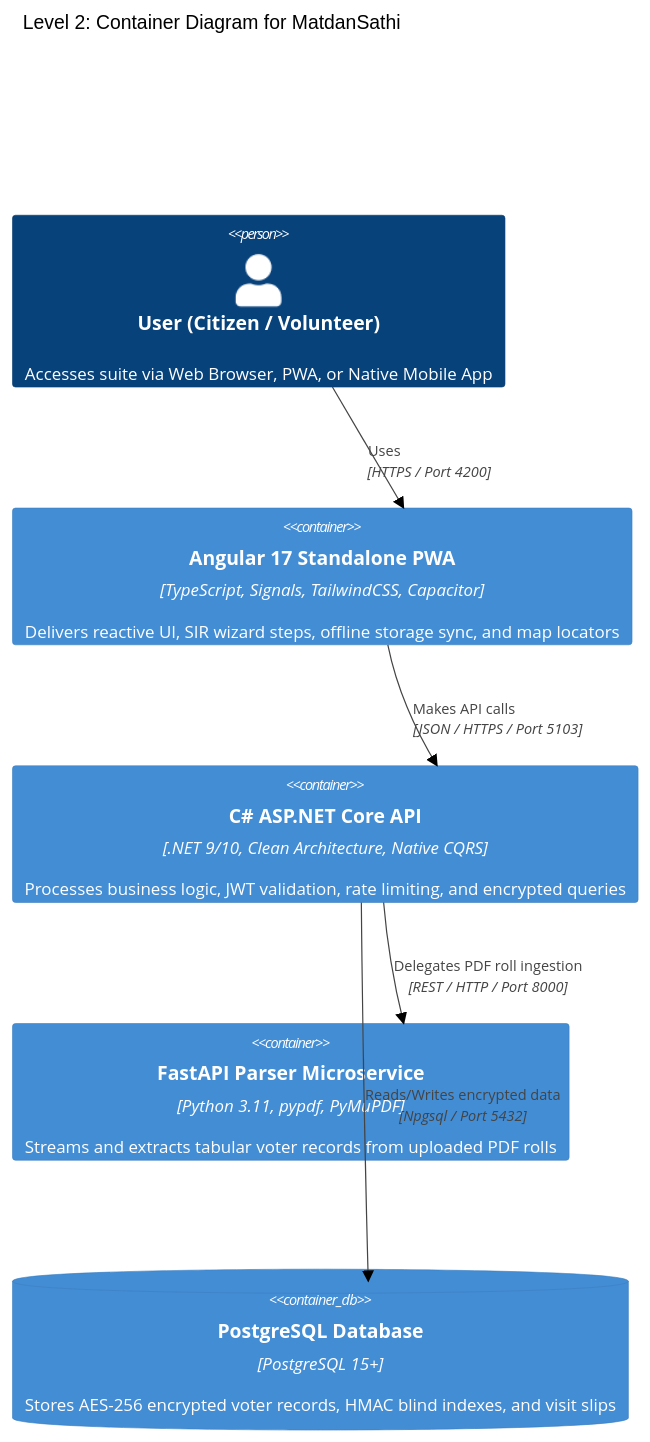
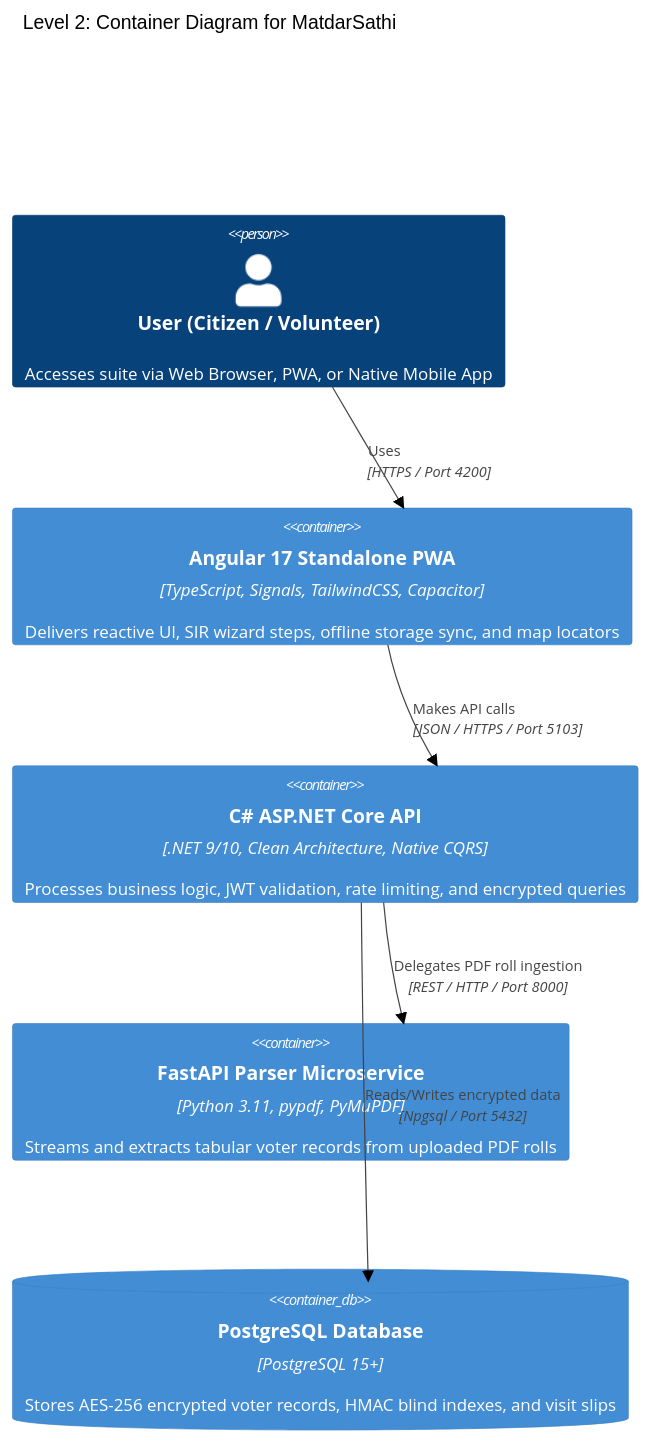
Before and after one commit to nparvezten/MatdanSathi: the second of 5 diagrams in docs/architecture/ARCHITECTURE.md, drawn with Mermaid (forest theme). The commit also changed other lines of this file and 70 other files, not shown here.

Commit message:
refactor(rebrand): complete rename from MatdanSathi to MatdarSathi across solution, assemblies, and namespaces

````diff
--- a/docs/architecture/ARCHITECTURE.md
+++ b/docs/architecture/ARCHITECTURE.md
@@ -72,16 +72,16 @@
 ```mermaid
 C4Container
-    title Level 2: Container Diagram for MatdanSathi
+    title Level 2: Container Diagram for MatdarSathi
 
     Person(user, "User (Citizen / Volunteer)", "Accesses suite via Web Browser, PWA, or Native Mobile App")
 
     Container(frontend, "Angular 17 Standalone PWA", "TypeScript, Signals, TailwindCSS, Capacitor", "Delivers reactive UI, SIR wizard steps, offline storage sync, and map locators")
     Container(backend, "C# ASP.NET Core API", ".NET 9/10, Clean Architecture, Native CQRS", "Processes business logic, JWT validation, rate limiting, and encrypted queries")
     Container(parser, "FastAPI Parser Microservice", "Python 3.11, pypdf, PyMuPDF", "Streams and extracts tabular voter records from uploaded PDF rolls")
     ContainerDb(database, "PostgreSQL Database", "PostgreSQL 15+", "Stores AES-256 encrypted voter records, HMAC blind indexes, and visit slips")
 
     Rel(user, frontend, "Uses", "HTTPS / Port 4200")
     Rel(frontend, backend, "Makes API calls", "JSON / HTTPS / Port 5103")
     Rel(backend, parser, "Delegates PDF roll ingestion", "REST / HTTP / Port 8000")
     Rel(backend, database, "Reads/Writes encrypted data", "Npgsql / Port 5432")
 ```
````
